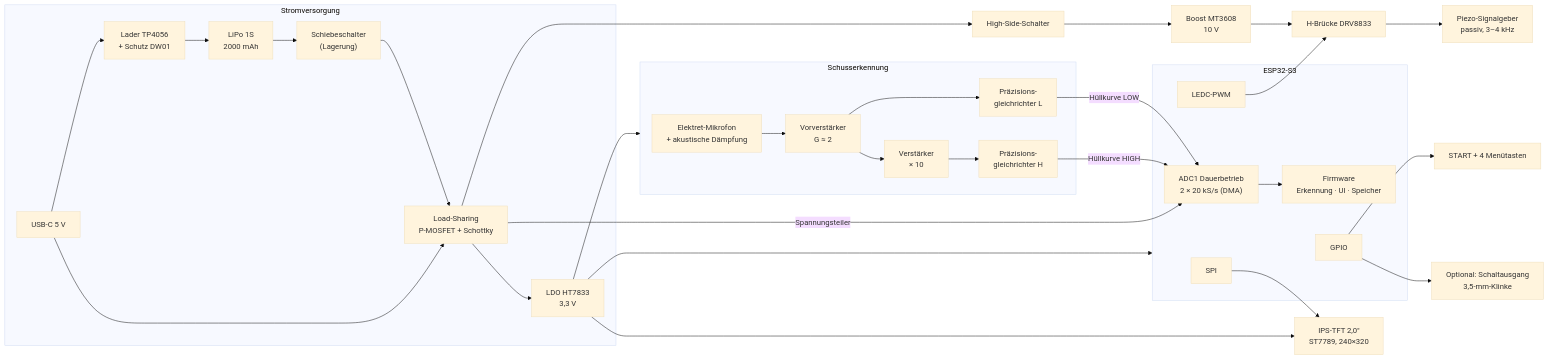
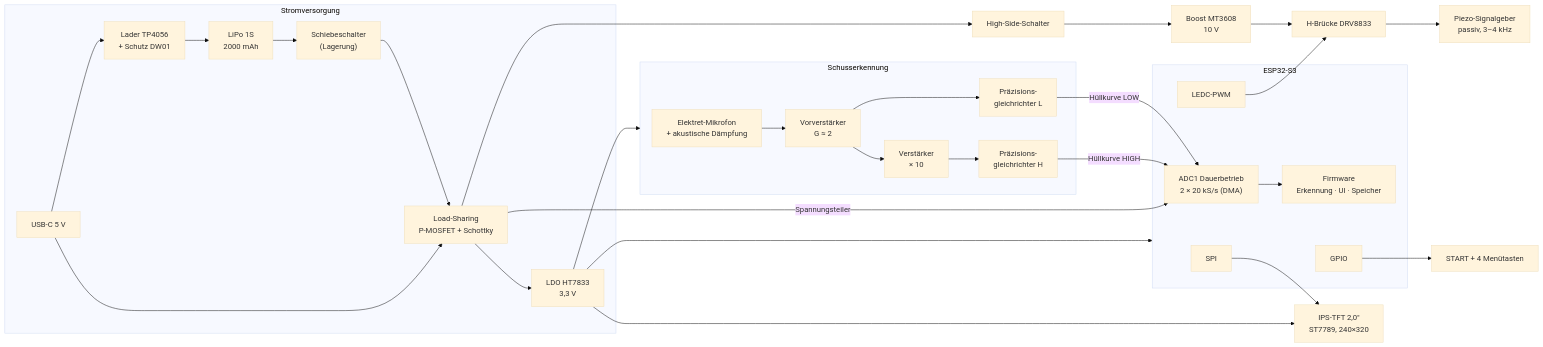
The diagram in docs/HARDWARE_KONZEPT.md (Nettzwerg/Shoot_timer), drawn with Mermaid (base theme) before and after one commit. The commit also changed other lines of this file and 1 other file, not shown here.

First line of the commit message:
Entscheidungen einarbeiten: DevKitC-1 + separates Display, flacher LiPo, kein Schaltausgang

````diff
--- a/docs/HARDWARE_KONZEPT.md
+++ b/docs/HARDWARE_KONZEPT.md
@@ -27,43 +27,42 @@
 ```mermaid
 flowchart LR
     subgraph Power["Stromversorgung"]
         USB["USB-C 5 V"] --> CHG["Lader TP4056<br/>+ Schutz DW01"]
         CHG --> BAT["LiPo 1S<br/>2000 mAh"]
         BAT --> SW["Schiebeschalter<br/>(Lagerung)"]
         SW --> LS["Load-Sharing<br/>P-MOSFET + Schottky"]
         USB --> LS
         LS --> LDO["LDO HT7833<br/>3,3 V"]
     end
 
     subgraph Analog["Schusserkennung"]
         MIC["Elektret-Mikrofon<br/>+ akustische Dämpfung"] --> PRE["Vorverstärker<br/>G ≈ 2"]
         PRE --> RL["Präzisions-<br/>gleichrichter L"]
         PRE --> AMP["Verstärker<br/>× 10"]
         AMP --> RH["Präzisions-<br/>gleichrichter H"]
     end
 
     subgraph MCU["ESP32-S3"]
         ADC["ADC1 Dauerbetrieb<br/>2 × 20 kS/s (DMA)"]
         CPU["Firmware<br/>Erkennung · UI · Speicher"]
         LEDC["LEDC-PWM"]
         SPI["SPI"]
         GPIO["GPIO"]
     end
 
     RL -->|"Hüllkurve LOW"| ADC
     RH -->|"Hüllkurve HIGH"| ADC
     LS -->|"Spannungsteiler"| ADC
     ADC --> CPU
 
     LEDC --> DRV["H-Brücke DRV8833"]
     BOOST["Boost MT3608<br/>10 V"] --> DRV
     LS --> BSW["High-Side-Schalter"] --> BOOST
     DRV --> PZ["Piezo-Signalgeber<br/>passiv, 3–4 kHz"]
 
     SPI --> TFT["IPS-TFT 2,0''<br/>ST7789, 240×320"]
     GPIO --> BTN["START + 4 Menütasten"]
-    GPIO --> OUT["Optional: Schaltausgang<br/>3,5-mm-Klinke"]
     LDO --> MCU
     LDO --> Analog
     LDO --> TFT
 ```
````
